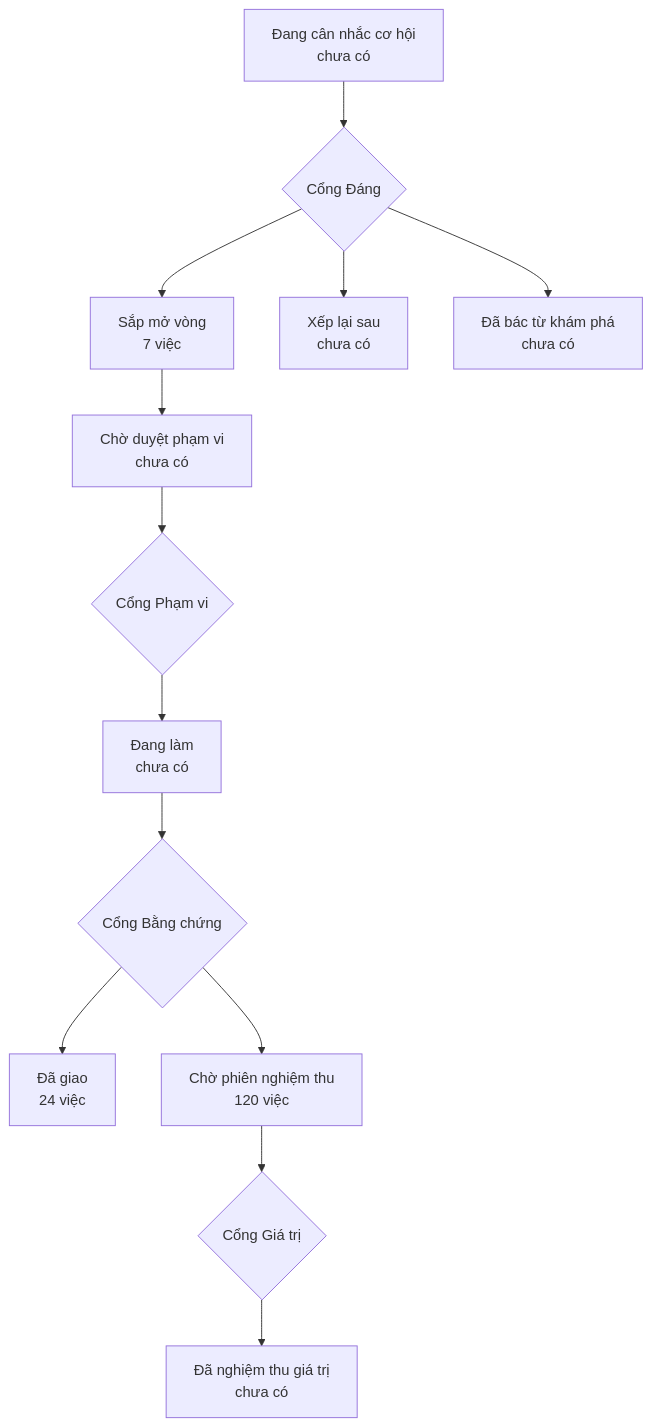
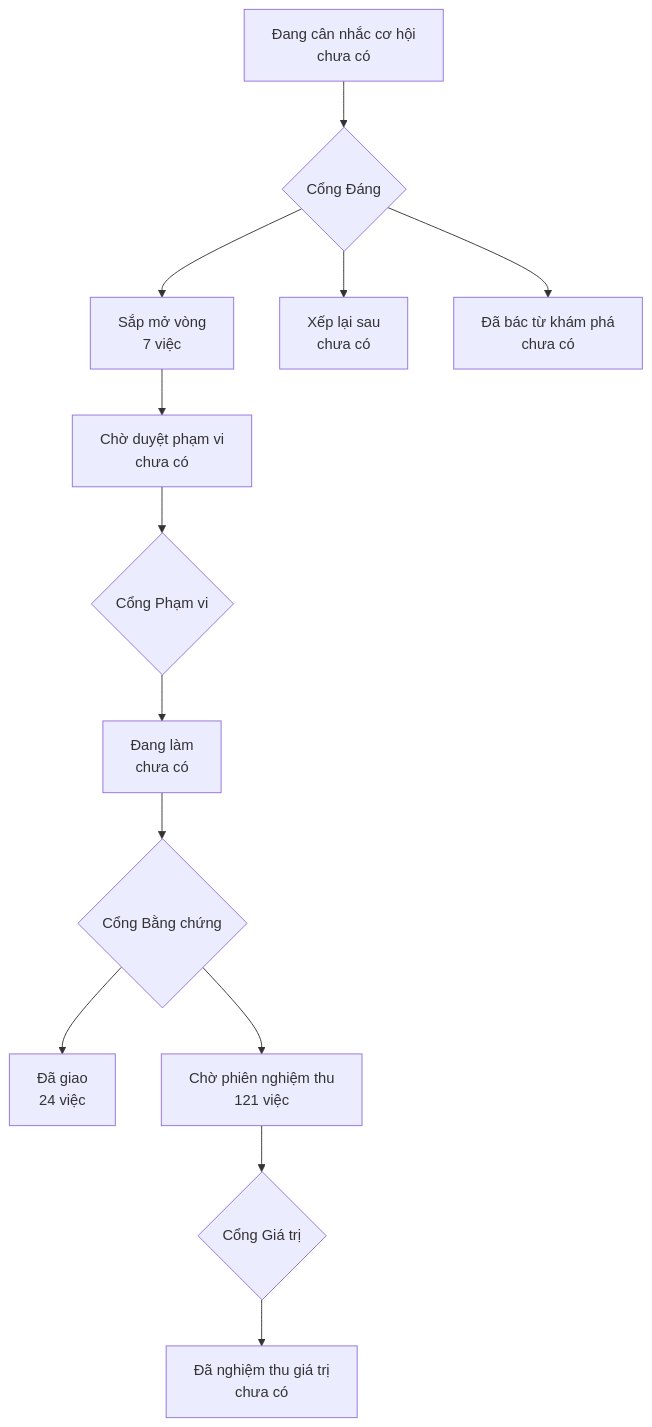
The diagram in PRODUCT-MAP.md (phanlemanh/onehub-quy-hang), drawn with Mermaid before and after one commit. The commit also changed other lines of this file and 1 other file, not shown here.

Commit message:
chore: vẽ lại bản đồ sau khi gộp nhánh chính

````diff
--- a/PRODUCT-MAP.md
+++ b/PRODUCT-MAP.md
@@ -7,12 +7,12 @@
 ```mermaid
 flowchart TD
   A["Đang cân nhắc cơ hội<br/>chưa có"] --> GD{"Cổng Đáng"}
   GD --> B["Sắp mở vòng<br/>7 việc"]
   GD --> XL["Xếp lại sau<br/>chưa có"]
   GD --> DB["Đã bác từ khám phá<br/>chưa có"]
   B --> CD["Chờ duyệt phạm vi<br/>chưa có"] --> GP{"Cổng Phạm vi"}
   GP --> DL["Đang làm<br/>chưa có"] --> GB{"Cổng Bằng chứng"}
   GB --> DG["Đã giao<br/>24 việc"]
-  GB --> CN["Chờ phiên nghiệm thu<br/>120 việc"] --> GG{"Cổng Giá trị"}
+  GB --> CN["Chờ phiên nghiệm thu<br/>121 việc"] --> GG{"Cổng Giá trị"}
   GG --> NT["Đã nghiệm thu giá trị<br/>chưa có"]
 ```
````
